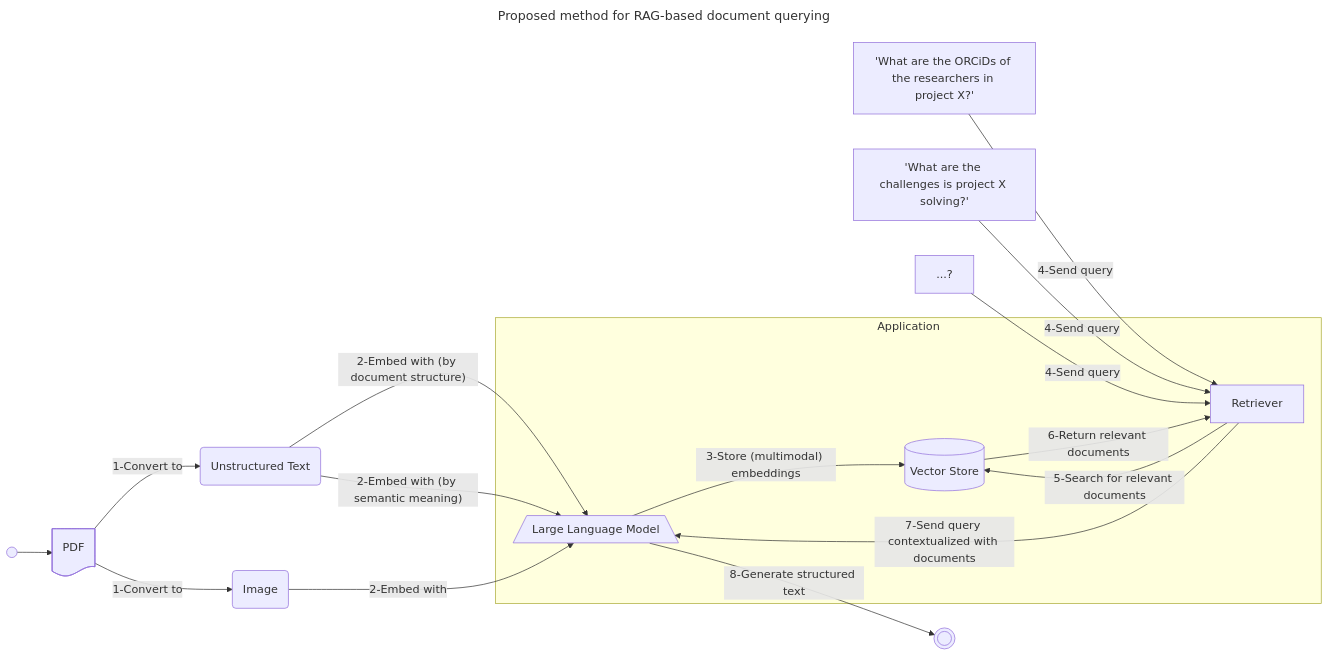
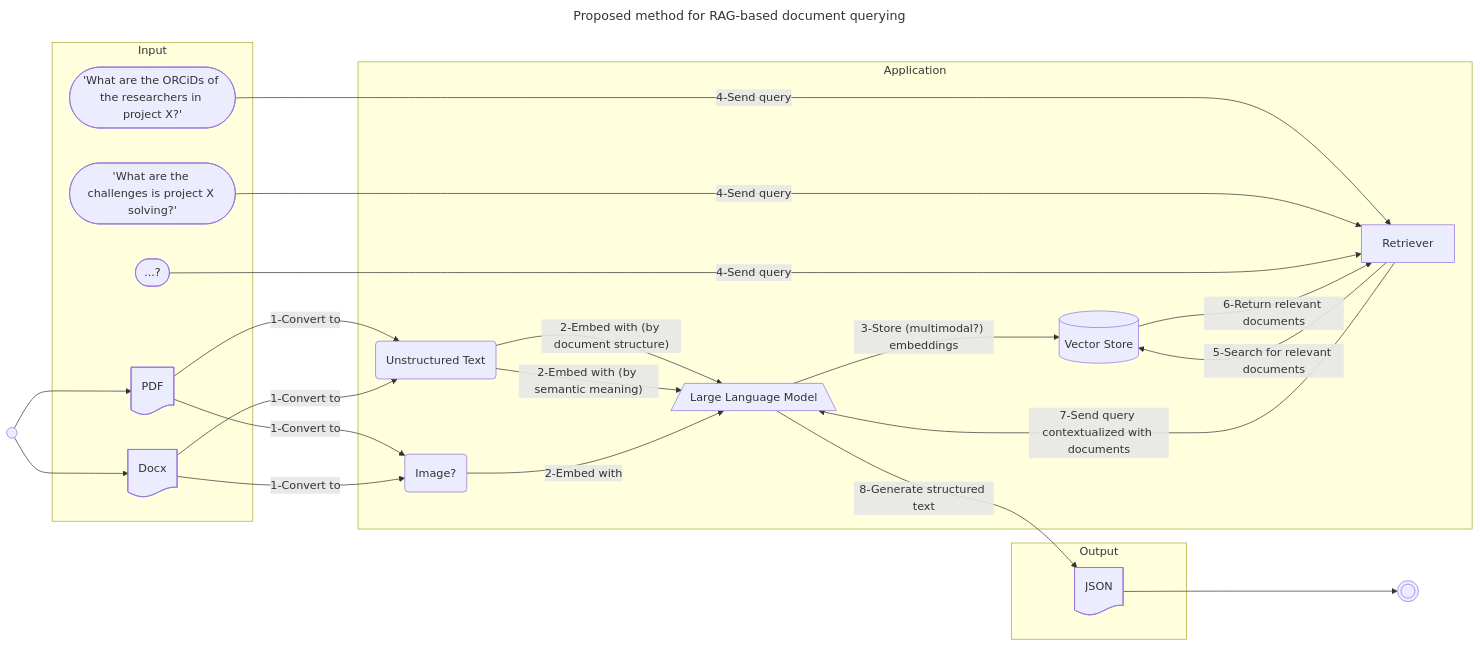
Before and after one commit to VCityTeam/PEPR-VDBI: the first of 3 diagrams in data-integration/README.md, drawn with Mermaid.

Commit message:
update method

````diff
--- a/data-integration/README.md
+++ b/data-integration/README.md
@@ -31,30 +31,52 @@
 ```mermaid
 ---
 title: Proposed method for RAG-based document querying
 ---
 flowchart LR
 
-    subgraph Application
-        LLM[/Large Language Model\]
-        R[Retriever]
-        VS[(Vector Store)]
-    end
+  subgraph Application
+    LLM[/Large Language Model\]
+    R[Retriever]
+    VS[(Vector Store)]
+    B(Unstructured Text)
+    I(Image?)
+  end
 
-    S(( )) --> A
-    A@{ shape: doc, label: PDF } -->|1-Convert to| B(Unstructured Text)
-    A -->|1-Convert to| BB(Image)
-    B -->|"2-Embed with (by document structure)"| LLM
-    B -->|"2-Embed with (by semantic meaning)"| LLM
-    BB -->|2-Embed with| LLM
-    LLM -->|"3-Store (multimodal) embeddings"| VS
-    
-    %% Use multiquery rewriting?
-    Q1["'What are the ORCiDs of the researchers in project X?'"] -->|4-Send query| R
-    Q2["'What are the challenges is project X solving?'"] -->|4-Send query| R
-    Q3["...?"] -->|4-Send query| R
+  subgraph Input
+    PDF@{ shape: doc }
+    Docx@{ shape: doc }
+    Q1(["'What are the ORCiDs of the researchers in project X?'"])
+    Q2(["'What are the challenges is project X solving?'"])
+    Q3(["...?"])
+  end
 
-    R -->|5-Search for relevant documents| VS
-    VS -->|6-Return relevant documents| R
-    R -->|7-Send query contextualized with documents| LLM
-    LLM -->|8-Generate structured text| O((( )))
+  subgraph Output
+    JSON@{ shape: doc }
+  end
+
+  S(( ))
+  O((( )))
+
+  S --> PDF
+  S --> Docx
+  PDF -->|1-Convert to| B
+  PDF -->|1-Convert to| I
+  Docx -->|1-Convert to| B
+  Docx -->|1-Convert to| I
+
+  B -->|"2-Embed with (by document structure)"| LLM
+  B -->|"2-Embed with (by semantic meaning)"| LLM
+  I -->|2-Embed with| LLM
+  LLM -->|"3-Store (multimodal?) embeddings"| VS
+  
+  %% Use multiquery rewriting?
+  Q1 -->|4-Send query| R
+  Q2 -->|4-Send query| R
+  Q3 -->|4-Send query| R
+
+  R -->|5-Search for relevant documents| VS
+  VS -->|6-Return relevant documents| R
+  R -->|7-Send query contextualized with documents| LLM
+  LLM -->|8-Generate structured text| JSON
+  JSON --> O
 ```
````
